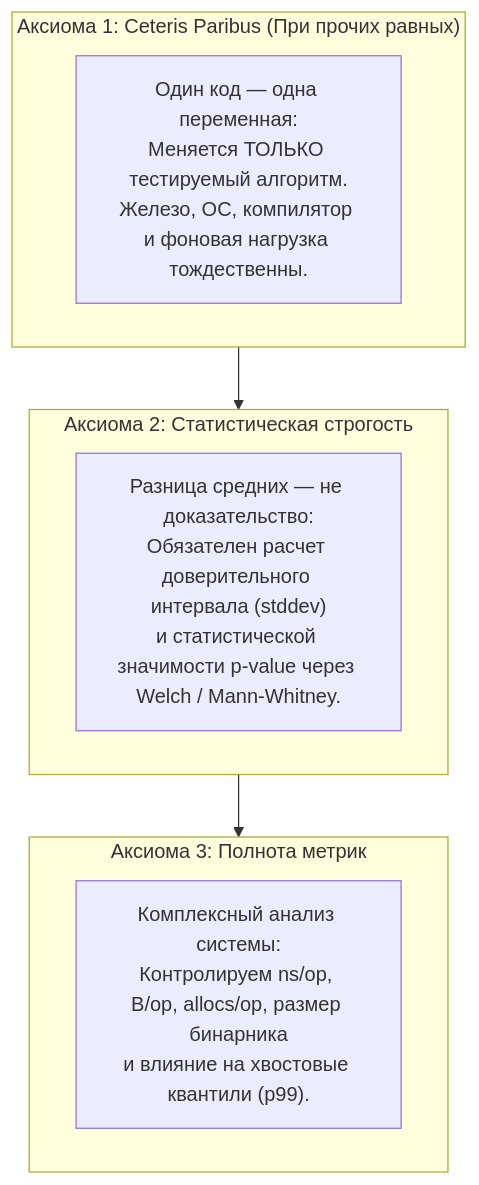
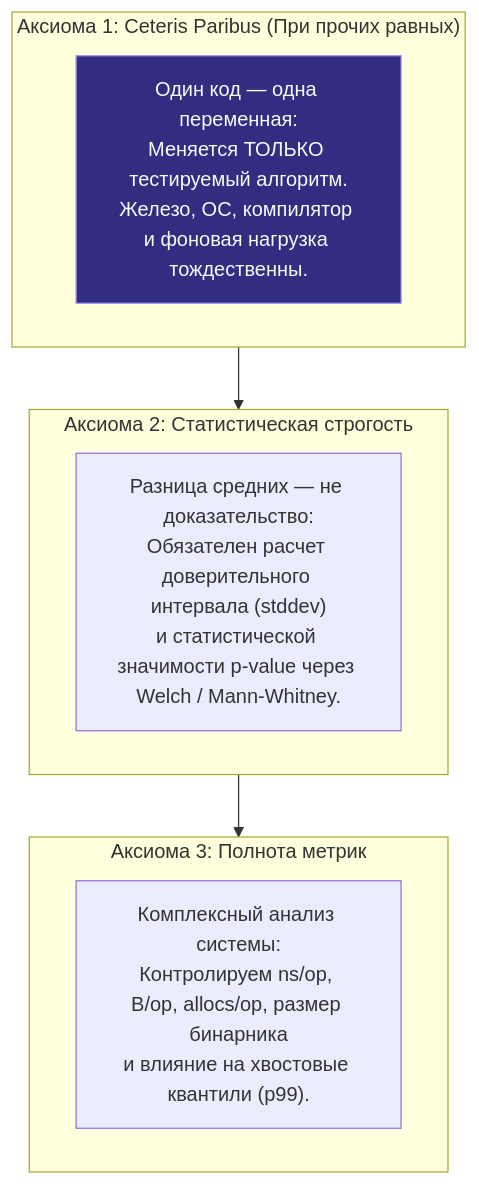
The first of 5 diagrams in sources/16. Профилирование, отладка и производительность/02. Benchmarking/8. Сравнение версий кода.md (UnrealTemplier/go-textbook), drawn with Mermaid before and after one commit. The commit also changed other lines of this file and 1666 other files, not shown here.

First line of the commit message:
feat(mermaid): add semantic color classDef to 1369 colorless flowchart/graph diagrams

````diff
--- a/sources/16. Профилирование, отладка и производительность/02. Benchmarking/8. Сравнение версий кода.md
+++ b/sources/16. Профилирование, отладка и производительность/02. Benchmarking/8. Сравнение версий кода.md
@@ -35,16 +35,26 @@
 ```mermaid
 flowchart TD
+    classDef process  fill:#1e293b,stroke:#38bdf8,stroke-width:1px,color:#f8fafc
+    classDef success  fill:#064e3b,stroke:#34d399,stroke-width:1px,color:#f8fafc
+    classDef error    fill:#7f1d1d,stroke:#f87171,stroke-width:1px,color:#f8fafc
+    classDef warning  fill:#78350f,stroke:#fbbf24,stroke-width:1px,color:#f8fafc
+    classDef entry    fill:#1e3a5f,stroke:#38bdf8,stroke-width:2px,color:#f8fafc
+    classDef aux      fill:#334155,stroke:#64748b,stroke-width:1px,color:#f8fafc
+    classDef system   fill:#312e81,stroke:#a78bfa,stroke-width:1px,color:#f8fafc
+    classDef data     fill:#132d29,stroke:#2dd4bf,stroke-width:1px,color:#f8fafc
+    classDef network  fill:#881337,stroke:#fb7185,stroke-width:1px,color:#f8fafc
+    classDef accent   fill:#1e1b4b,stroke:#818cf8,stroke-width:1px,color:#f8fafc
     subgraph P1["Аксиома 1: Ceteris Paribus (При прочих равных)"]
-        A1["Один код — одна переменная:<br>Меняется ТОЛЬКО тестируемый алгоритм.<br>Железо, ОС, компилятор и фоновая нагрузка тождественны."]
+        A1["Один код — одна переменная:<br>Меняется ТОЛЬКО тестируемый алгоритм.<br>Железо, ОС, компилятор и фоновая нагрузка тождественны."]:::system
     end
 
     subgraph P2["Аксиома 2: Статистическая строгость"]
         A2["Разница средних — не доказательство:<br>Обязателен расчет доверительного интервала (stddev)<br>и статистической значимости p-value через Welch / Mann-Whitney."]
     end
 
     subgraph P3["Аксиома 3: Полнота метрик"]
         A3["Комплексный анализ системы:<br>Контролируем ns/op, B/op, allocs/op, размер бинарника<br>и влияние на хвостовые квантили (p99)."]
     end
 
     P1 --> P2 --> P3
 ```
````
